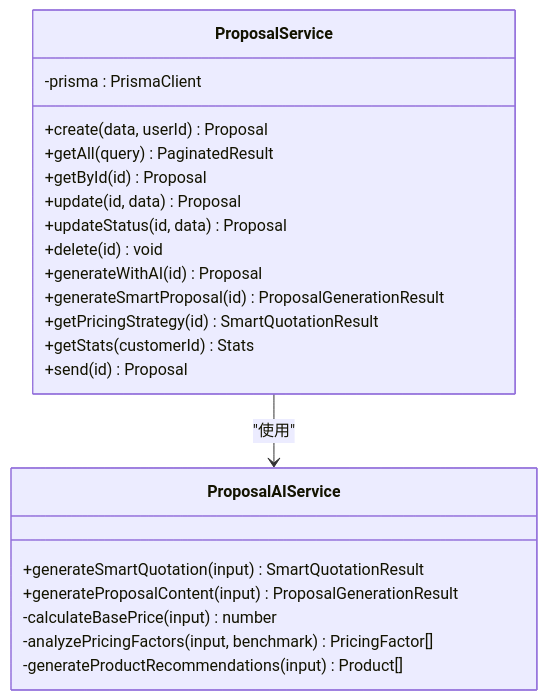
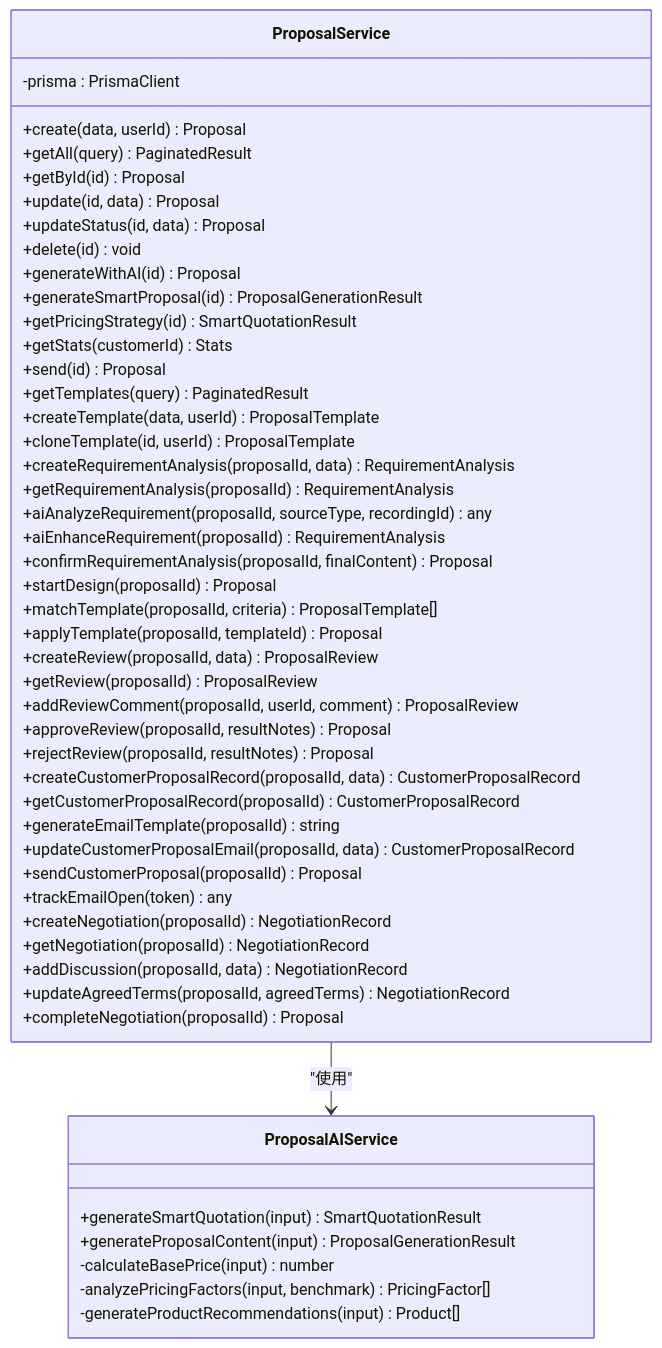
The third of 6 diagrams in .qoder/repowiki/zh/content/Proposal Service.md (xianjianshenqu/SalesFlow-CRM), drawn with Mermaid before and after one commit. The commit also changed other lines of this file and 13 other files, not shown here.

````diff
--- a/.qoder/repowiki/zh/content/Proposal Service.md
+++ b/.qoder/repowiki/zh/content/Proposal Service.md
@@ -182,25 +233,52 @@
 ```mermaid
 classDiagram
 class ProposalService {
 -prisma : PrismaClient
 +create(data, userId) Proposal
 +getAll(query) PaginatedResult
 +getById(id) Proposal
 +update(id, data) Proposal
 +updateStatus(id, data) Proposal
 +delete(id) void
 +generateWithAI(id) Proposal
 +generateSmartProposal(id) ProposalGenerationResult
 +getPricingStrategy(id) SmartQuotationResult
 +getStats(customerId) Stats
 +send(id) Proposal
++getTemplates(query) PaginatedResult
++createTemplate(data, userId) ProposalTemplate
++cloneTemplate(id, userId) ProposalTemplate
++createRequirementAnalysis(proposalId, data) RequirementAnalysis
++getRequirementAnalysis(proposalId) RequirementAnalysis
++aiAnalyzeRequirement(proposalId, sourceType, recordingId) any
++aiEnhanceRequirement(proposalId) RequirementAnalysis
++confirmRequirementAnalysis(proposalId, finalContent) Proposal
++startDesign(proposalId) Proposal
++matchTemplate(proposalId, criteria) ProposalTemplate[]
++applyTemplate(proposalId, templateId) Proposal
++createReview(proposalId, data) ProposalReview
++getReview(proposalId) ProposalReview
++addReviewComment(proposalId, userId, comment) ProposalReview
++approveReview(proposalId, resultNotes) Proposal
++rejectReview(proposalId, resultNotes) Proposal
++createCustomerProposalRecord(proposalId, data) CustomerProposalRecord
++getCustomerProposalRecord(proposalId) CustomerProposalRecord
++generateEmailTemplate(proposalId) string
++updateCustomerProposalEmail(proposalId, data) CustomerProposalRecord
++sendCustomerProposal(proposalId) Proposal
++trackEmailOpen(token) any
++createNegotiation(proposalId) NegotiationRecord
++getNegotiation(proposalId) NegotiationRecord
++addDiscussion(proposalId, data) NegotiationRecord
++updateAgreedTerms(proposalId, agreedTerms) NegotiationRecord
++completeNegotiation(proposalId) Proposal
 }
 class ProposalAIService {
 +generateSmartQuotation(input) SmartQuotationResult
 +generateProposalContent(input) ProposalGenerationResult
 -calculateBasePrice(input) number
 -analyzePricingFactors(input, benchmark) PricingFactor[]
 -generateProductRecommendations(input) Product[]
 }
 ProposalService --> ProposalAIService : "使用"
 ```
````
